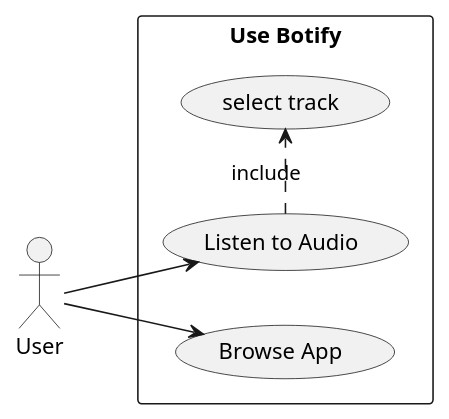
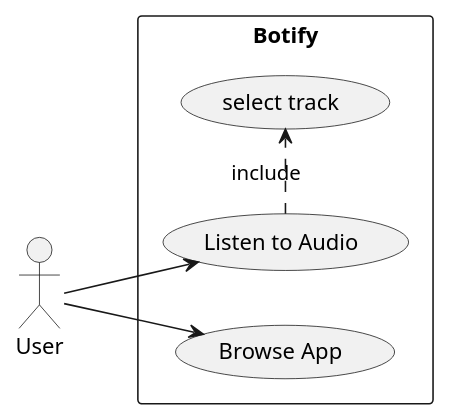
One commit to vertigonale/botify2 changed the diagram in Documents/useCase_old.puml. Above: the diagram before and after it, drawn with PlantUML. The commit also changed 1 other file, not shown here.

```diff
--- a/Documents/useCase_old.puml
+++ b/Documents/useCase_old.puml
@@ -1,22 +1,22 @@
 @startuml
 
 left to right direction
 skinparam packageStyle rectangle
 actor User as u
 
-rectangle "Use Botify" {
+rectangle "Botify" {
 usecase "Browse App" as uc1
 usecase "Listen to Audio" as uc2
 usecase "select track" as uc3
 uc2 .> uc3 : include
 }
 
 u --> uc1
 u --> uc2
 
 /'uc0 .> uc2 : include
 uc0 .> uc1 : include
 uc4 .> uc1 : include
 uc2 .> uc1 : extend'/
 
 @enduml
```
